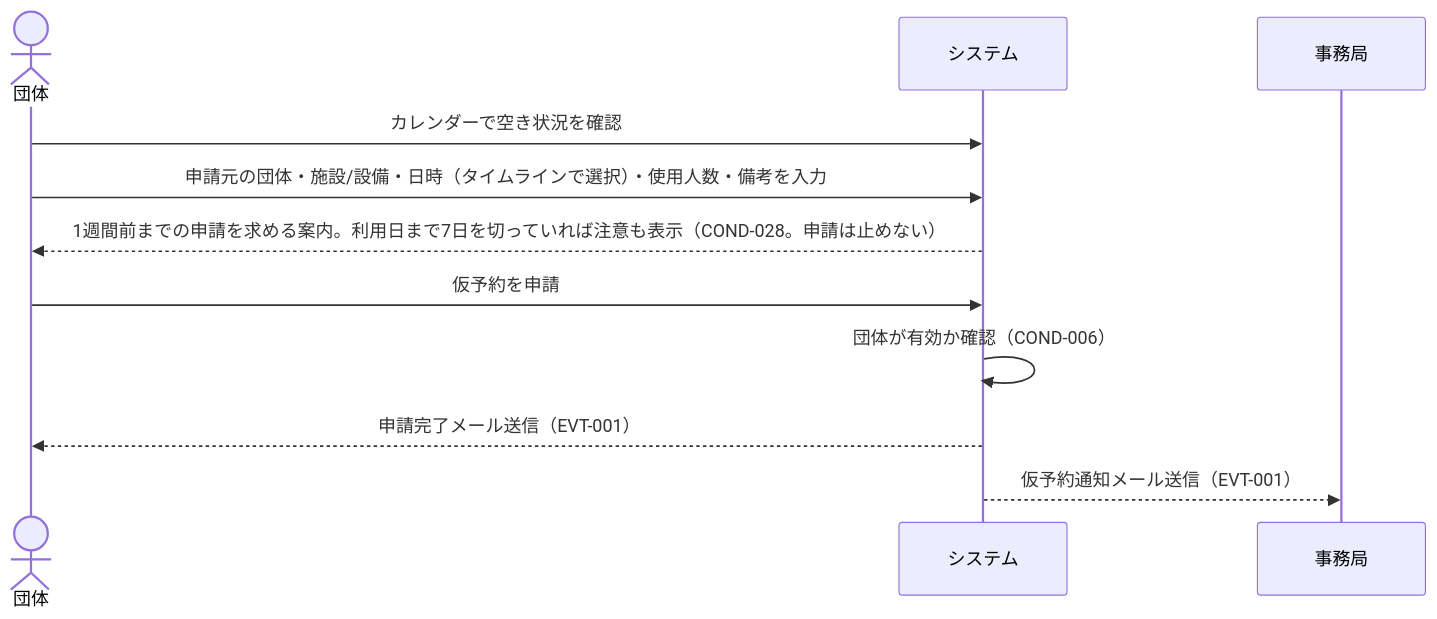
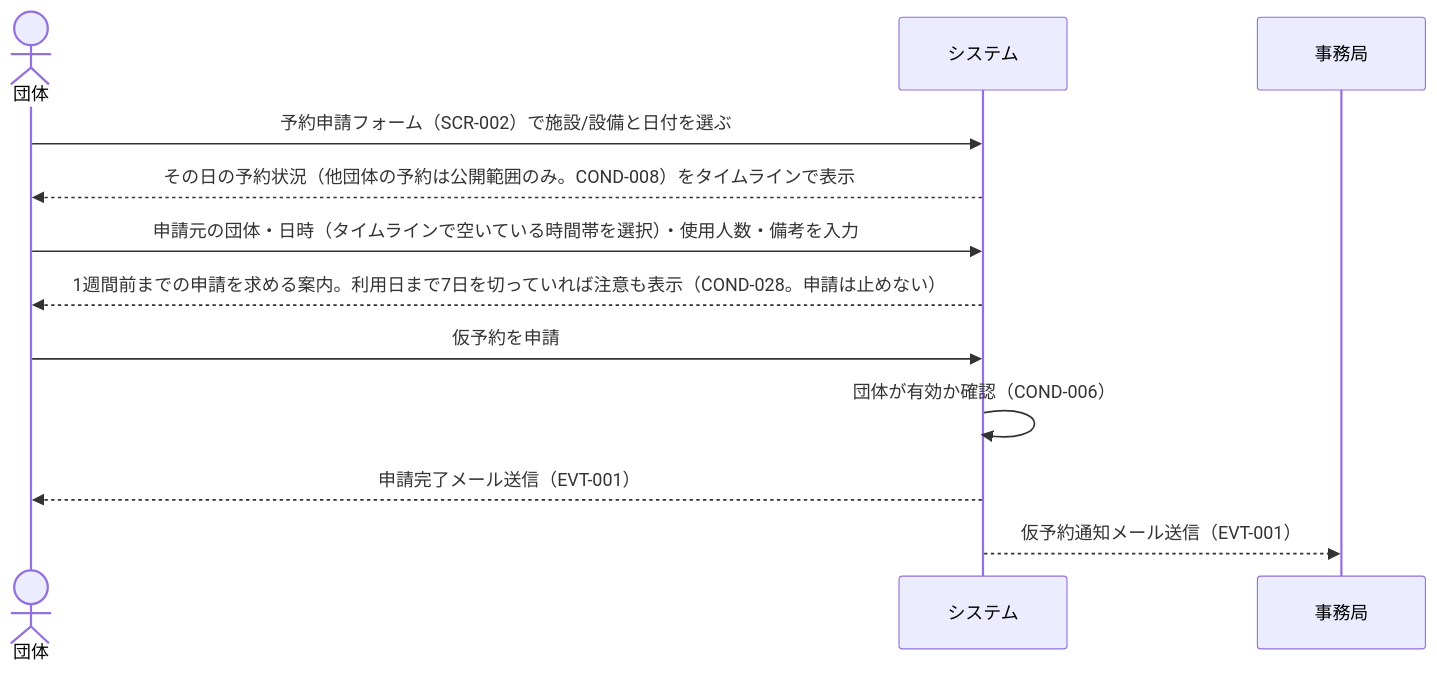
The third of 8 diagrams in rdra/contexts/reservation-application.md (gdsc-osaka/iclub-reserve), drawn with Mermaid before and after one commit. The commit also changed other lines of this file and 9 other files, not shown here.

````diff
--- a/rdra/contexts/reservation-application.md
+++ b/rdra/contexts/reservation-application.md
@@ -269,14 +261,15 @@
 ```mermaid
 sequenceDiagram
     actor 団体
     participant システム
     participant 事務局
 
-    団体->>システム: カレンダーで空き状況を確認
-    団体->>システム: 申請元の団体・施設/設備・日時（タイムラインで選択）・使用人数・備考を入力
+    団体->>システム: 予約申請フォーム（SCR-002）で施設/設備と日付を選ぶ
+    システム-->>団体: その日の予約状況（他団体の予約は公開範囲のみ。COND-008）をタイムラインで表示
+    団体->>システム: 申請元の団体・日時（タイムラインで空いている時間帯を選択）・使用人数・備考を入力
     システム-->>団体: 1週間前までの申請を求める案内。利用日まで7日を切っていれば注意も表示（COND-028。申請は止めない）
     団体->>システム: 仮予約を申請
     システム->>システム: 団体が有効か確認（COND-006）
     システム-->>団体: 申請完了メール送信（EVT-001）
     システム-->>事務局: 仮予約通知メール送信（EVT-001）
 ```
````
